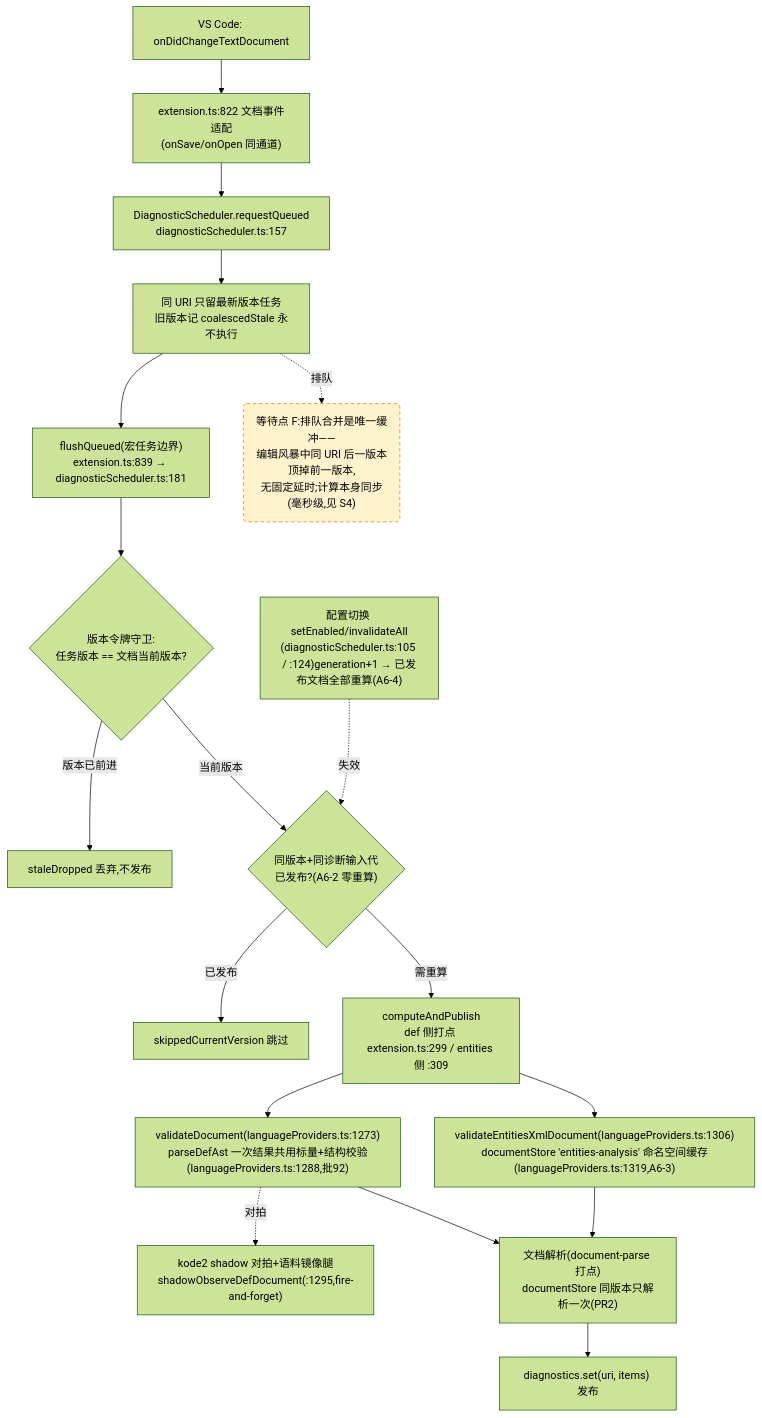
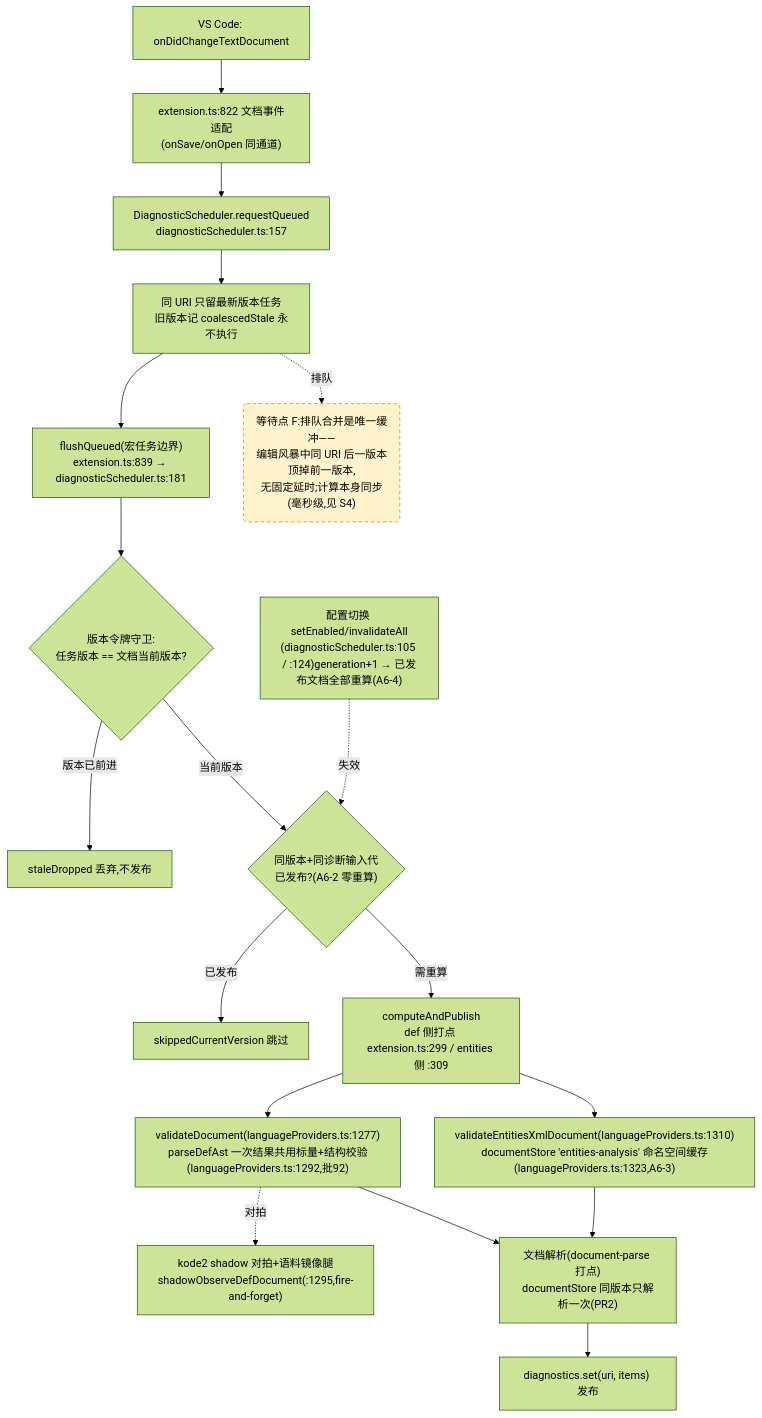
The fourth of 4 diagrams in docs/perf/2026-baseline.md (cuihairu/kode), drawn with Mermaid (forest theme) before and after one commit. The commit also changed other lines of this file and 8 other files, not shown here.

````diff
--- a/docs/perf/2026-baseline.md
+++ b/docs/perf/2026-baseline.md
@@ -214,38 +214,38 @@
 ```mermaid
 flowchart TD
   CHG["VS Code: onDidChangeTextDocument"]
   WATCH["extension.ts:822 文档事件适配<br/>(onSave/onOpen 同通道)"]
   RQ["DiagnosticScheduler.requestQueued<br/>diagnosticScheduler.ts:157"]
   CO["同 URI 只留最新版本任务<br/>旧版本记 coalescedStale 永不执行"]
   FL["flushQueued(宏任务边界)<br/>extension.ts:839 → diagnosticScheduler.ts:181"]
   VG{"版本令牌守卫:<br/>任务版本 == 文档当前版本?"}
   DROP["staleDropped 丢弃,不发布"]
   GEN{"同版本+同诊断输入代<br/>已发布?(A6-2 零重算)"}
   SKIP["skippedCurrentVersion 跳过"]
   CALC["computeAndPublish<br/>def 侧打点 extension.ts:299 / entities 侧 :309"]
-  VD["validateDocument(languageProviders.ts:1273)<br/>parseDefAst 一次结果共用标量+结构校验(languageProviders.ts:1288,批92)"]
-  VEX["validateEntitiesXmlDocument(languageProviders.ts:1306)<br/>documentStore 'entities-analysis' 命名空间缓存(languageProviders.ts:1319,A6-3)"]
+  VD["validateDocument(languageProviders.ts:1277)<br/>parseDefAst 一次结果共用标量+结构校验(languageProviders.ts:1292,批92)"]
+  VEX["validateEntitiesXmlDocument(languageProviders.ts:1310)<br/>documentStore 'entities-analysis' 命名空间缓存(languageProviders.ts:1323,A6-3)"]
   SHDD["kode2 shadow 对拍+语料镜像腿<br/>shadowObserveDefDocument(:1295,fire-and-forget)"]
   DS["文档解析(document-parse 打点)<br/>documentStore 同版本只解析一次(PR2)"]
   PUB["diagnostics.set(uri, items) 发布"]
   CFG2["配置切换 setEnabled/invalidateAll<br/>(diagnosticScheduler.ts:105 / :124)generation+1 → 已发布文档全部重算(A6-4)"]
 
   CHG --> WATCH --> RQ --> CO --> FL --> VG
   VG -- "版本已前进" --> DROP
   VG -- "当前版本" --> GEN
   GEN -- "已发布" --> SKIP
   GEN -- "需重算" --> CALC
   CALC --> VD
   CALC --> VEX
   VD --> DS
   VEX --> DS
   DS --> PUB
   VD -.->|对拍| SHDD
   CFG2 -.->|失效| GEN
 
   WAITF("等待点 F:排队合并是唯一缓冲——<br/>编辑风暴中同 URI 后一版本顶掉前一版本,<br/>无固定延时;计算本身同步(毫秒级,见 S4)")
   CO -.->|排队| WAITF
 
   classDef waitPoint fill:#fff3cd,stroke:#d97706,stroke-dasharray:5 4;
   class WAITF waitPoint;
 ```
````
